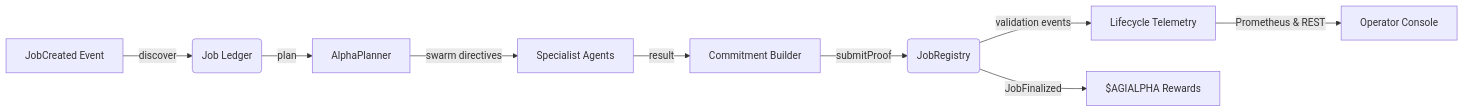
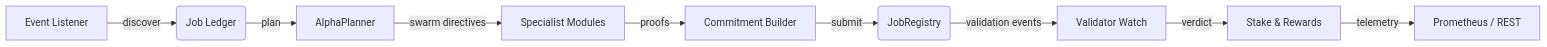
One commit to MontrealAI/AGI-Alpha-Node-v0 changed the second of 3 diagrams in README.md. Above: the diagram before and after it, drawn with Mermaid. The commit also changed other lines of this file, not shown here.

````diff
--- a/README.md
+++ b/README.md
@@ -131,11 +110,11 @@
 ```mermaid
 flowchart LR
-  A[JobCreated Event] -->|discover| B(Job Ledger)
+  A[Event Listener] -->|discover| B(Job Ledger)
   B -->|plan| C[AlphaPlanner]
-  C -->|swarm directives| D[Specialist Agents]
-  D -->|result| E[Commitment Builder]
-  E -->|submitProof| F(JobRegistry)
-  F -->|validation events| G[Lifecycle Telemetry]
-  G -->|Prometheus & REST| H[Operator Console]
-  F -->|JobFinalized| I[$AGIALPHA Rewards]
+  C -->|swarm directives| D[Specialist Modules]
+  D -->|proofs| E[Commitment Builder]
+  E -->|submit| F(JobRegistry)
+  F -->|validation events| G[Validator Watch]
+  G -->|verdict| H[Stake & Rewards]
+  H -->|telemetry| I[Prometheus / REST]
 ```
````
